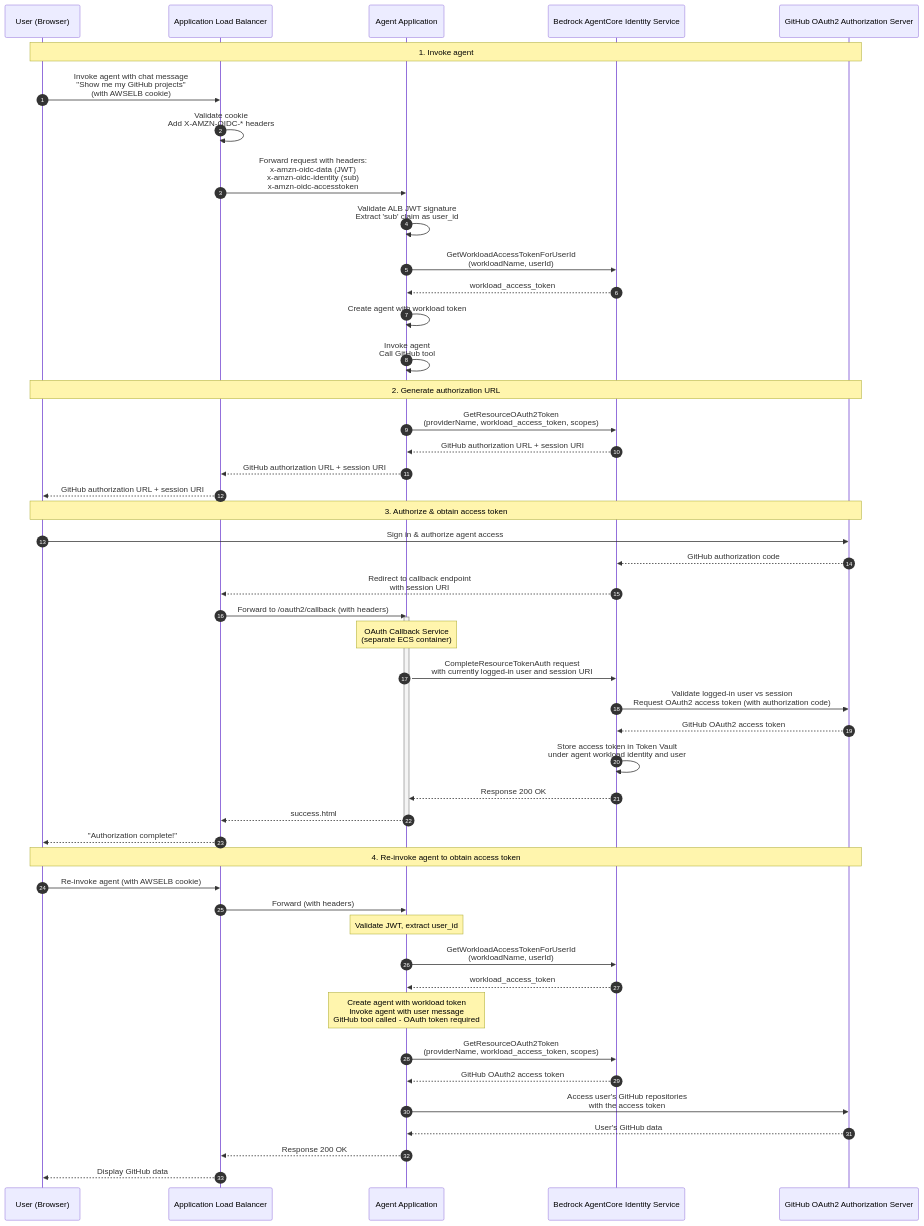
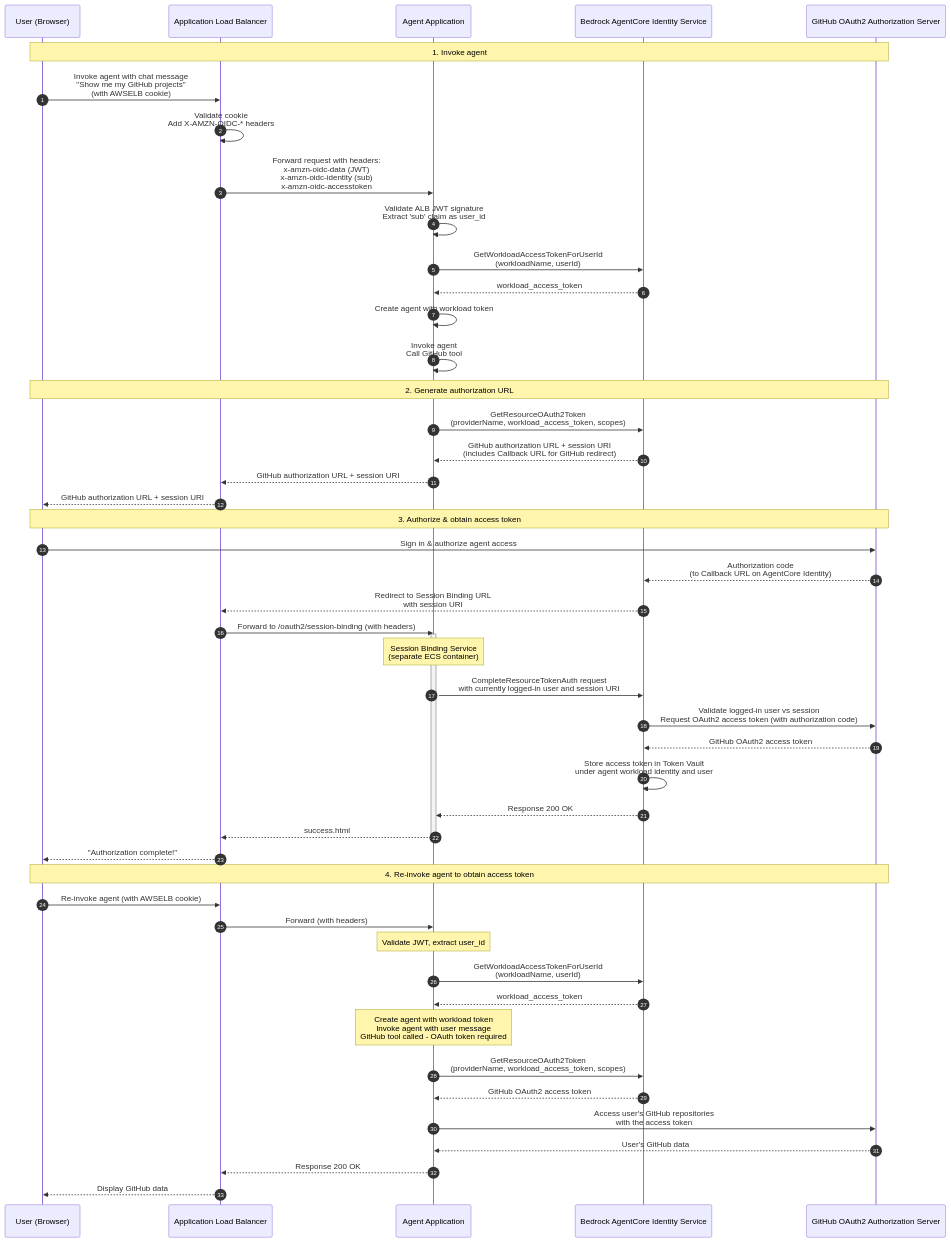
Before and after one commit to nagagaddamu/agentcore-samples: the diagram in 01-tutorials/03-AgentCore-identity/07-Outbound_Auth_3LO_ECS_Fargate/docs/outbound.md, drawn with Mermaid. The commit also changed 34 other files, not shown here.

First line of the commit message:
Fix/session binding url (#1190)

````diff
--- a/01-tutorials/03-AgentCore-identity/07-Outbound_Auth_3LO_ECS_Fargate/docs/outbound.md
+++ b/01-tutorials/03-AgentCore-identity/07-Outbound_Auth_3LO_ECS_Fargate/docs/outbound.md
@@ -6,64 +6,64 @@
 ```mermaid
 sequenceDiagram
     autonumber
     participant U as User (Browser)
     participant ALB as Application Load Balancer
     participant App as Agent Application
     participant ID as Bedrock AgentCore Identity Service
     participant OAuth as GitHub OAuth2 Authorization Server
 
     Note over U,OAuth: 1. Invoke agent
 
     %% 1. Invoke agent - Steps 1-3: ALB authentication
     U->>ALB: Invoke agent with chat message<br/>"Show me my GitHub projects"<br/>(with AWSELB cookie)
     ALB->>ALB: Validate cookie<br/>Add X-AMZN-OIDC-* headers
     ALB->>App: Forward request with headers:<br/>x-amzn-oidc-data (JWT)<br/>x-amzn-oidc-identity (sub)<br/>x-amzn-oidc-accesstoken
     App->>App: Validate ALB JWT signature<br/>Extract 'sub' claim as user_id
     
     App->>ID: GetWorkloadAccessTokenForUserId<br/>(workloadName, userId)
     ID-->>App: workload_access_token
     App->>App: Create agent with workload token
     App->>App: Invoke agent<br/>Call GitHub tool
 
     Note over U,OAuth: 2. Generate authorization URL
 
     %% 2. Generate authorization URL
     App->>ID: GetResourceOAuth2Token<br/>(providerName, workload_access_token, scopes)
-    ID-->>App: GitHub authorization URL + session URI
+    ID-->>App: GitHub authorization URL + session URI<br/>(includes Callback URL for GitHub redirect)
     App-->>ALB: GitHub authorization URL + session URI
     ALB-->>U: GitHub authorization URL + session URI
 
     Note over U,OAuth: 3. Authorize & obtain access token
 
     %% 3. Authorize & obtain access token
     U->>OAuth: Sign in & authorize agent access
-    OAuth-->>ID: GitHub authorization code
-    ID-->>ALB: Redirect to callback endpoint<br/>with session URI
-    ALB->>App: Forward to /oauth2/callback (with headers)
+    OAuth-->>ID: Authorization code<br/>(to Callback URL on AgentCore Identity)
+    ID-->>ALB: Redirect to Session Binding URL<br/>with session URI
+    ALB->>App: Forward to /oauth2/session-binding (with headers)
     activate App
-    Note over App: OAuth Callback Service<br/>(separate ECS container)
+    Note over App: Session Binding Service<br/>(separate ECS container)
     App->>ID: CompleteResourceTokenAuth request<br/>with currently logged-in user and session URI
     ID->>OAuth: Validate logged-in user vs session<br/>Request OAuth2 access token (with authorization code)
     OAuth-->>ID: GitHub OAuth2 access token
     ID->>ID: Store access token in Token Vault<br/>under agent workload identity and user
     ID-->>App: Response 200 OK
     App-->>ALB: success.html
     deactivate App
     ALB-->>U: "Authorization complete!"
 
     Note over U,OAuth: 4. Re-invoke agent to obtain access token
 
     %% 4. Re-invoke agent to obtain access token
     U->>ALB: Re-invoke agent (with AWSELB cookie)
     ALB->>App: Forward (with headers)
     Note over App: Validate JWT, extract user_id
     App->>ID: GetWorkloadAccessTokenForUserId<br/>(workloadName, userId)
     ID-->>App: workload_access_token
     Note over App: Create agent with workload token<br/>Invoke agent with user message<br/>GitHub tool called - OAuth token required
     App->>ID: GetResourceOAuth2Token<br/>(providerName, workload_access_token, scopes)
     ID-->>App: GitHub OAuth2 access token
     App->>OAuth: Access user's GitHub repositories<br/>with the access token
     OAuth-->>App: User's GitHub data
     App-->>ALB: Response 200 OK
     ALB-->>U: Display GitHub data
 ```
````
